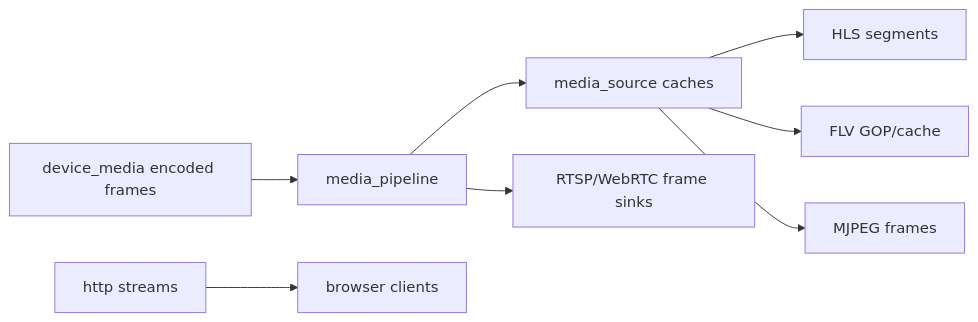
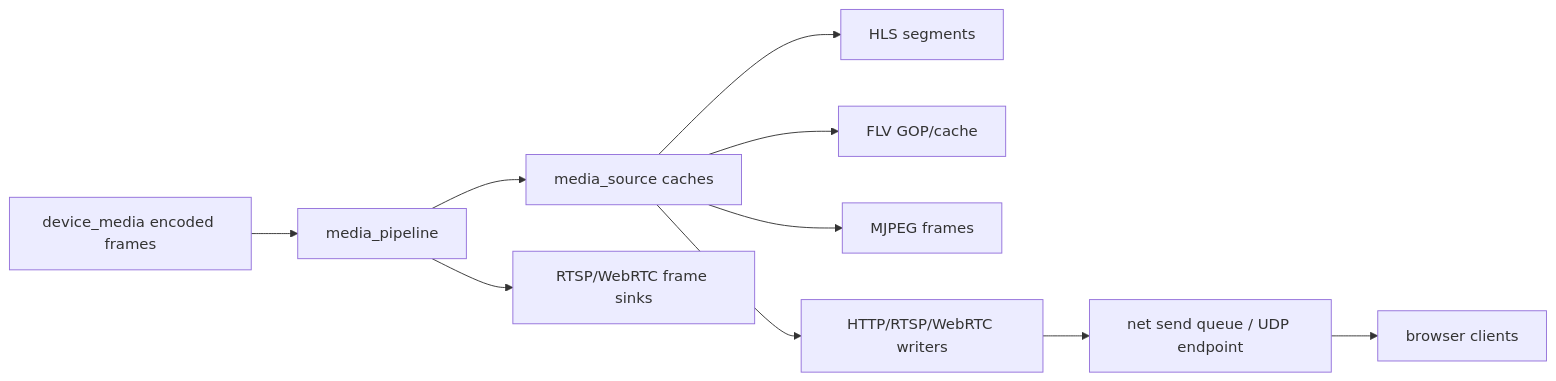
One commit to 373699756/live_stream changed the diagram in docs/optimization/memory.md. Above: the diagram before and after it, drawn with Mermaid. The commit also changed other lines of this file and 10 other files, not shown here.

````diff
--- a/docs/optimization/memory.md
+++ b/docs/optimization/memory.md
@@ -11,10 +11,12 @@
 ```mermaid
 flowchart LR
   VENC[device_media encoded frames] --> SourceSvc[media_pipeline]
   SourceSvc --> Source[media_source caches]
   Source --> HLS[HLS segments]
   Source --> FLV[FLV GOP/cache]
   Source --> MJPEG[MJPEG frames]
   SourceSvc --> RTSP[RTSP/WebRTC frame sinks]
-  HTTP[http streams] --> Clients[browser clients]
+  Source --> Protocol[HTTP/RTSP/WebRTC writers]
+  Protocol --> Net[net send queue / UDP endpoint]
+  Net --> Clients[browser clients]
 ```
````
